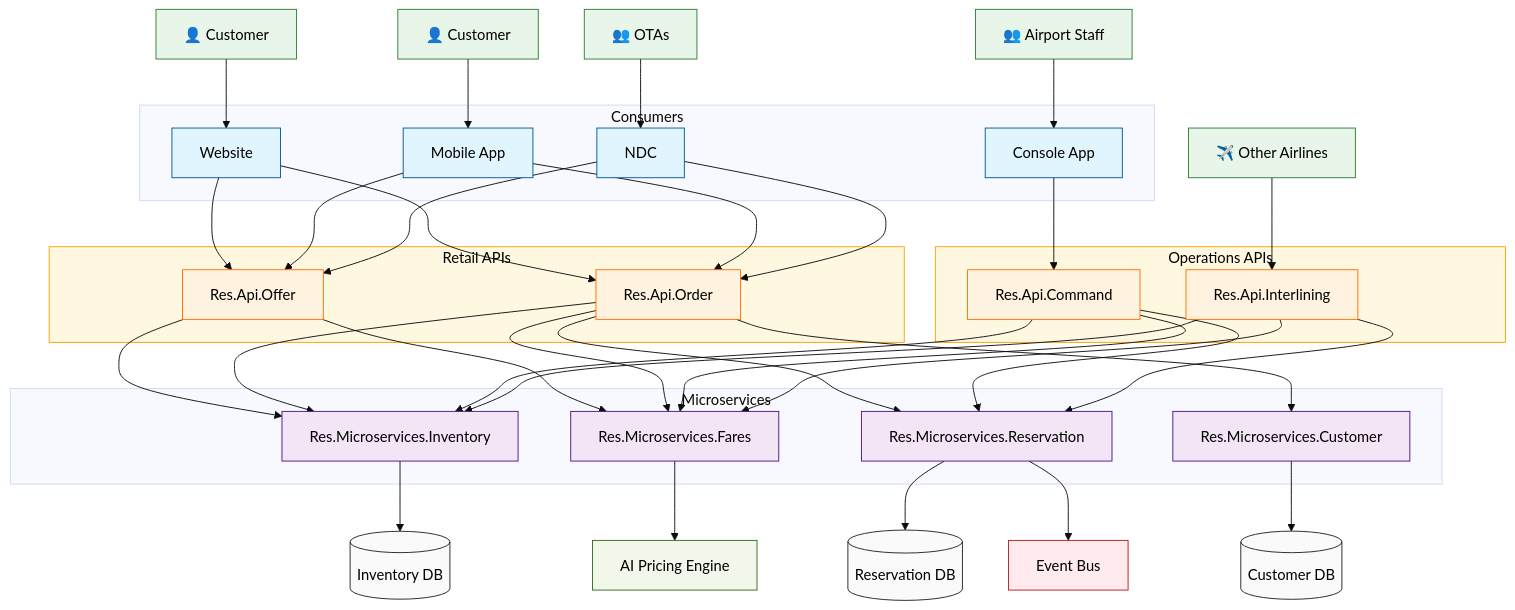
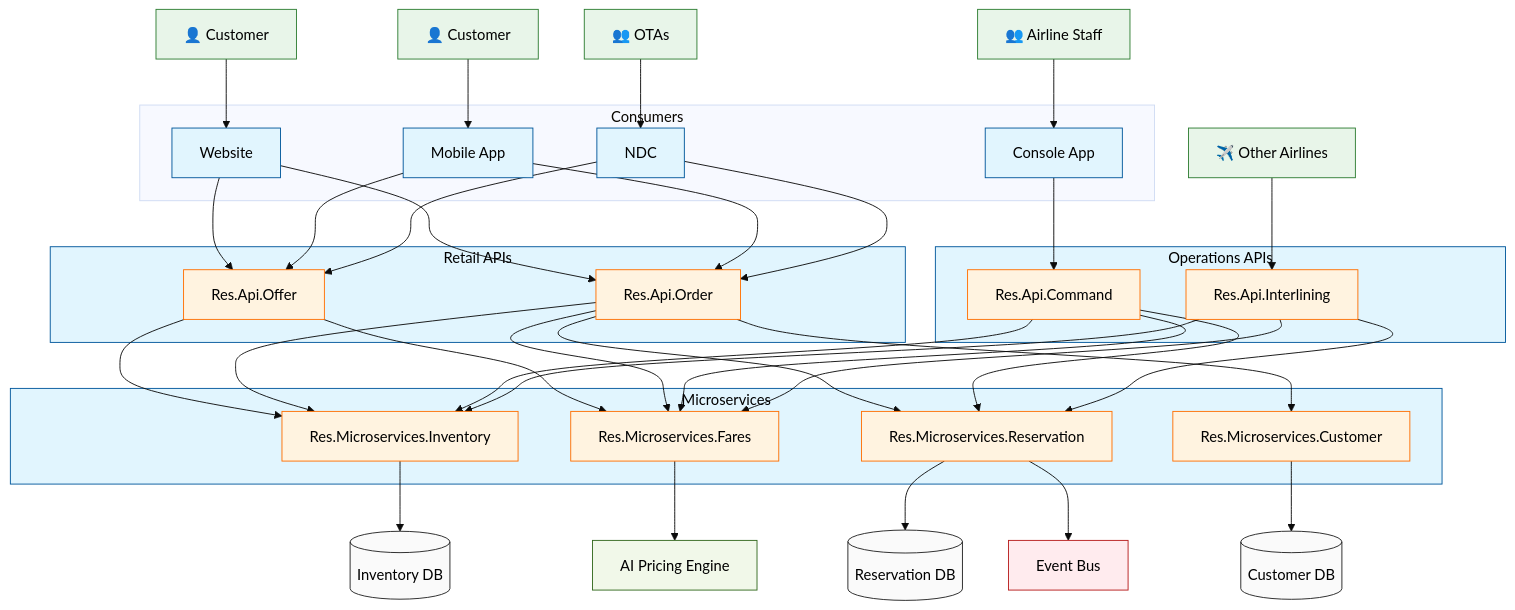
Before and after one commit to sebharvey/ReservationSystem: the diagram in README.md, drawn with Mermaid (base theme).

Commit message:
Update to arch diagram

```diff
--- a/README.md
+++ b/README.md
@@ -30,7 +30,7 @@
     %% Users
     Customer1[👤 Customer]
     Customer2[👤 Customer]
-    Staff[👥 Airport Staff]
+    Staff[👥 Airline Staff]
     OTA[👥 OTAs]
     Airlines[✈️ Other Airlines]
 
@@ -112,8 +112,9 @@
     classDef user fill:#e8f5e9,stroke:#2e7d32,color:black
     classDef consumer fill:#e1f5fe,stroke:#01579b,color:black
     classDef api fill:#fff3e0,stroke:#ff6f00,color:black
-    classDef apiGroup fill:#fff8e1,stroke:#ffa000,color:black
-    classDef microservice fill:#f3e5f5,stroke:#4a148c,color:black
+    classDef apiGroup fill:#f3e5f5,stroke:#4a148c,color:black
+    classDef microservice fill:#fff3e0,stroke:#ff6f00,color:black
+    classDef serviceGroup fill:#e1f5fe,stroke:#01579b,color:black
     classDef database fill:#fafafa,stroke:#212121,color:black
     classDef external fill:#f1f8e9,stroke:#33691e,color:black
     classDef eventbus fill:#ffebee,stroke:#b71c1c,color:black
@@ -121,7 +122,7 @@
     class Customer1,Customer2,Staff,OTA,Airlines user
     class Web,Mobile,Console,NDC consumer
     class Offer,Command,Order,Interlining api
-    class Retail_APIs,Ops_APIs apiGroup
+    class Retail_APIs,Ops_APIs,Microservices serviceGroup
     class Inventory,Reservation,Fares,Customer microservice
     class DB1,DB2,DB3 database
     class AI external
```
